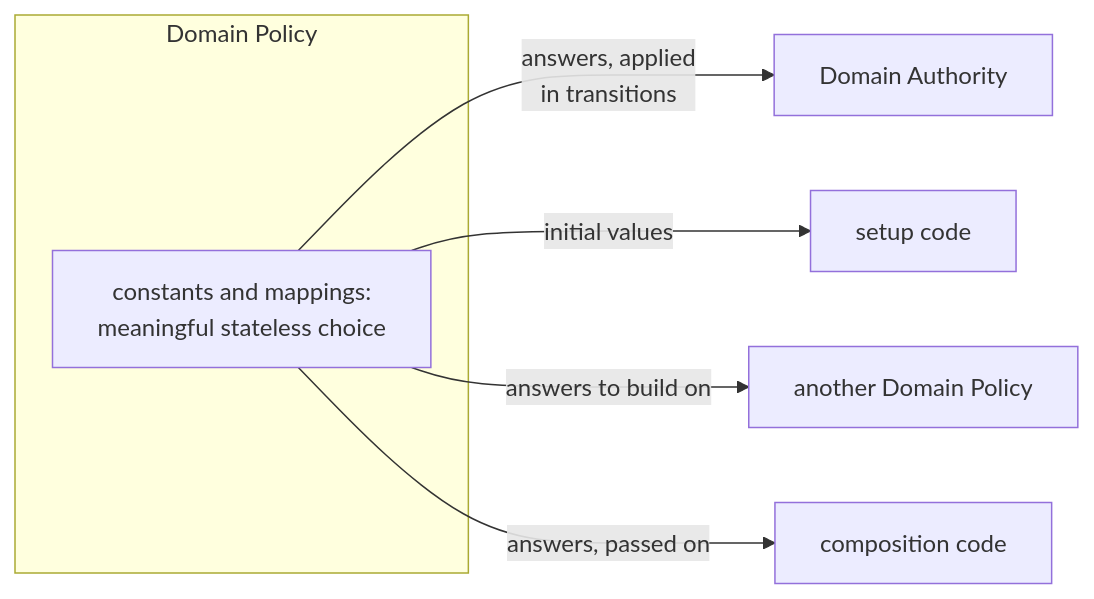
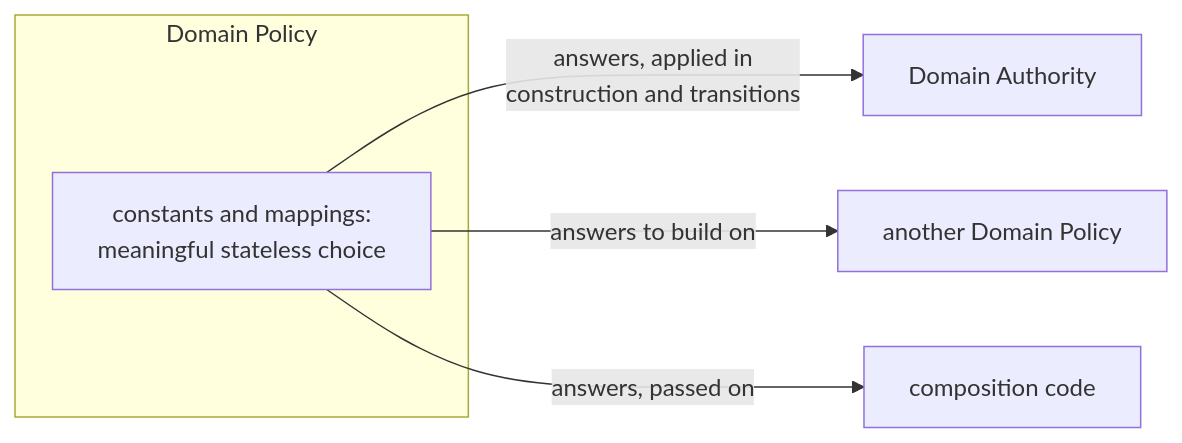
The diagram in posts/Executable Semantic Architecture/03 - When a Calculation Is a Product Decision.md (mahush/funkyposts), drawn with Mermaid before and after one commit. The commit also changed other lines of this file, not shown here.

Commit message:
drop setup code as this is construction within an authority

````diff
--- a/posts/Executable Semantic Architecture/03 - When a Calculation Is a Product Decision.md
+++ b/posts/Executable Semantic Architecture/03 - When a Calculation Is a Product Decision.md
@@ -20,10 +20,9 @@
 ```mermaid
 flowchart LR
 subgraph Policy["Domain Policy"]
     Choice["constants and mappings:<br/>meaningful stateless choice"]
 end
-Choice -->|"answers, applied<br/>in transitions"| Authority["Domain Authority"]
-Choice -->|"initial values"| Setup["setup code"]
+Choice -->|"answers, applied in<br/>construction and transitions"| Authority["Domain Authority"]
 Choice -->|"answers to build on"| Other["another Domain Policy"]
 Choice -->|"answers, passed on"| Composition["composition code"]
 ```
````
